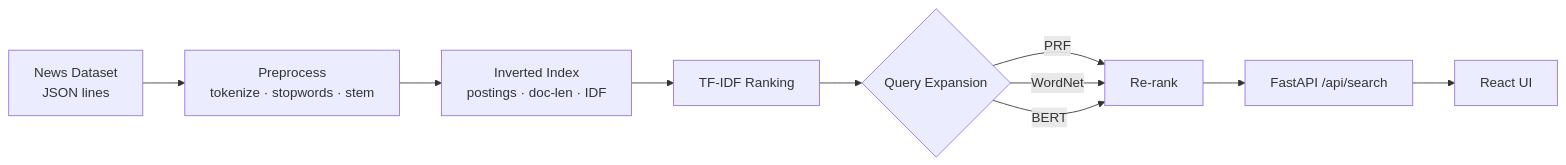
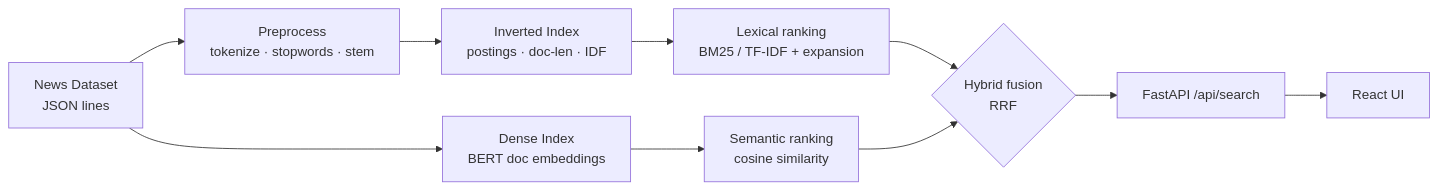
Before and after one commit to mezoo191/Data-Mining-IR: the diagram in README.md, drawn with Mermaid. The commit also changed other lines of this file and 6 other files, not shown here.

````diff
--- a/README.md
+++ b/README.md
@@ -35,12 +39,12 @@
 ```mermaid
 flowchart LR
     A[News Dataset<br/>JSON lines] --> B[Preprocess<br/>tokenize · stopwords · stem]
     B --> C[Inverted Index<br/>postings · doc-len · IDF]
-    C --> D[TF-IDF Ranking]
-    D --> E{Query Expansion}
-    E -->|PRF| F[Re-rank]
-    E -->|WordNet| F
-    E -->|BERT| F
-    F --> G[FastAPI /api/search]
-    G --> H[React UI]
+    A --> D[Dense Index<br/>BERT doc embeddings]
+    C --> E[Lexical ranking<br/>BM25 / TF-IDF + expansion]
+    D --> F[Semantic ranking<br/>cosine similarity]
+    E --> G{Hybrid fusion<br/>RRF}
+    F --> G
+    G --> H[FastAPI /api/search]
+    H --> I[React UI]
 ```
````
